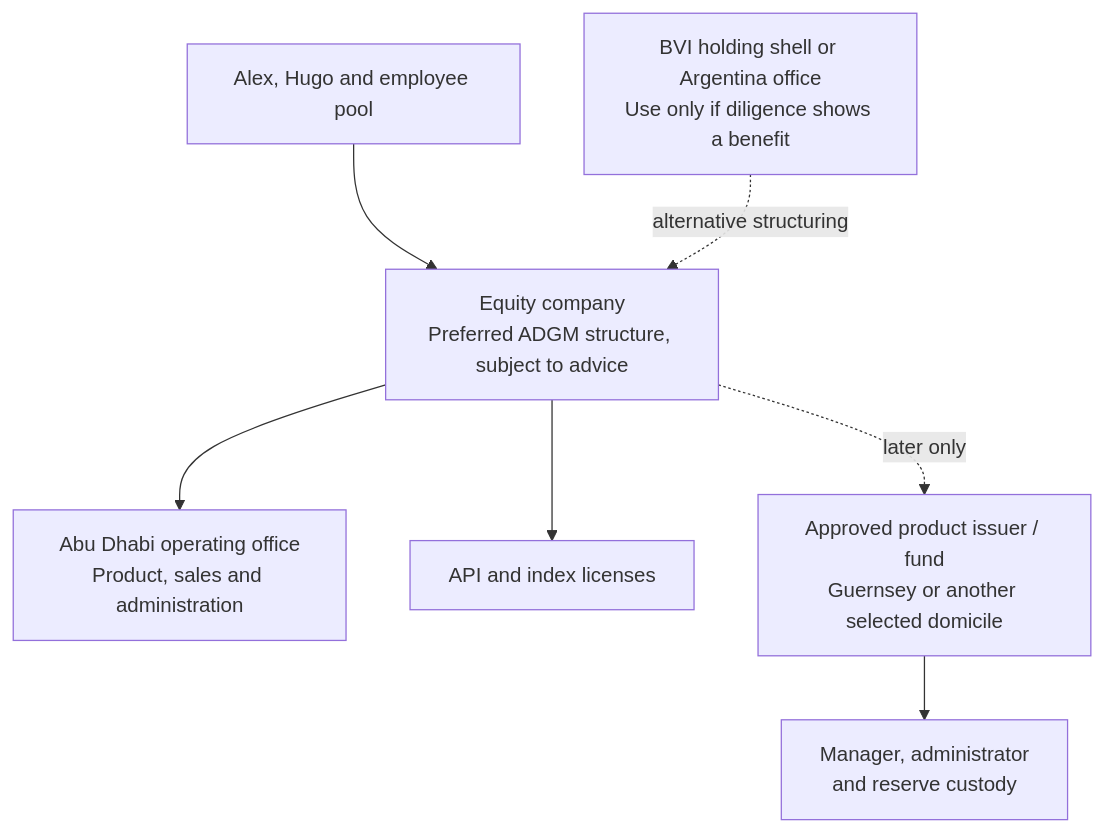
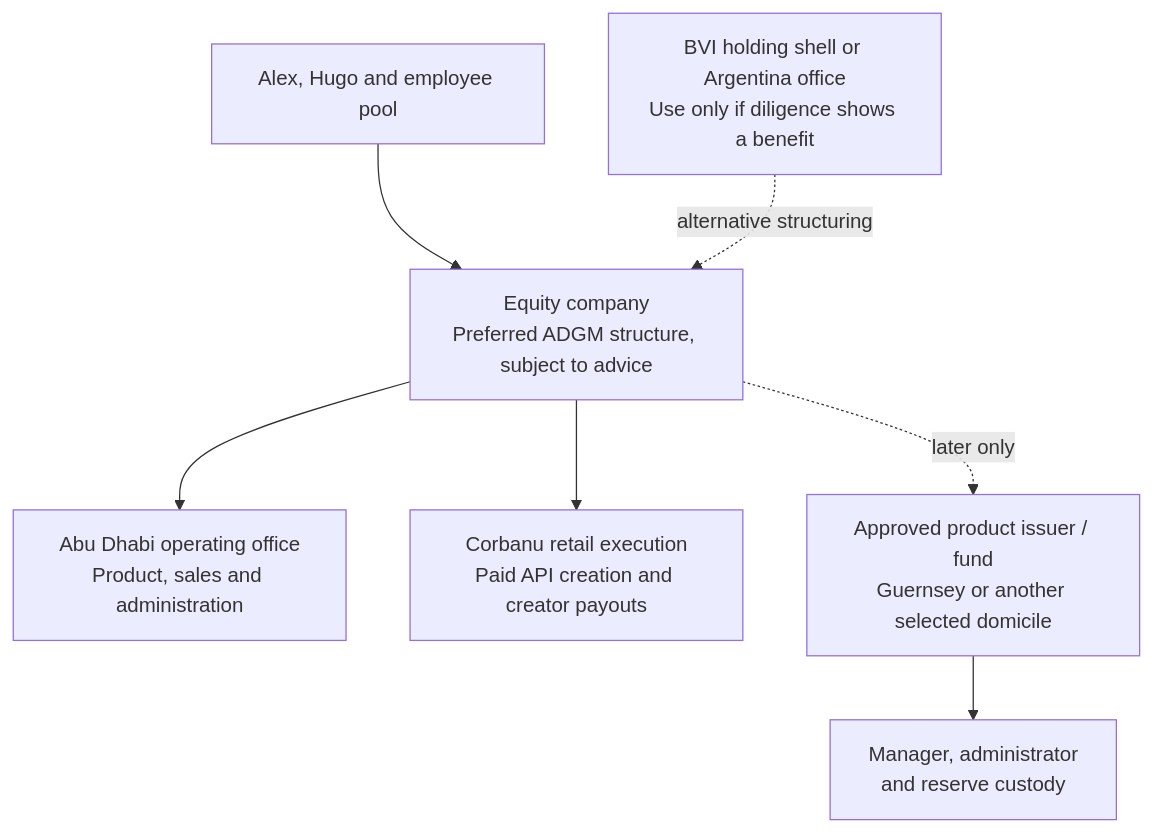
Before and after one commit to postfiatorg/postfiatorg.github.io: the ninth of 9 diagrams in content/research/ai-indexing-company.md, drawn with Mermaid. The commit also changed other lines of this file and 2 other files, not shown here.

Commit message:
Correct AIC proposal to retail execution and seven revenue streams

````diff
--- a/content/research/ai-indexing-company.md
+++ b/content/research/ai-indexing-company.md
@@ -501,9 +599,9 @@
 ```mermaid
 flowchart TB
     Owners["Alex, Hugo and employee pool"] --> Equity["Equity company\nPreferred ADGM structure, subject to advice"]
     Equity --> Office["Abu Dhabi operating office\nProduct, sales and administration"]
-    Equity --> API["API and index licenses"]
+    Equity --> API["Corbanu retail execution\nPaid API creation and creator payouts"]
     Equity -. later only .-> Issuer["Approved product issuer / fund\nGuernsey or another selected domicile"]
     Issuer --> Custody["Manager, administrator\nand reserve custody"]
     Alternative["BVI holding shell or Argentina office\nUse only if diligence shows a benefit"] -. alternative structuring .-> Equity
 ```
````
